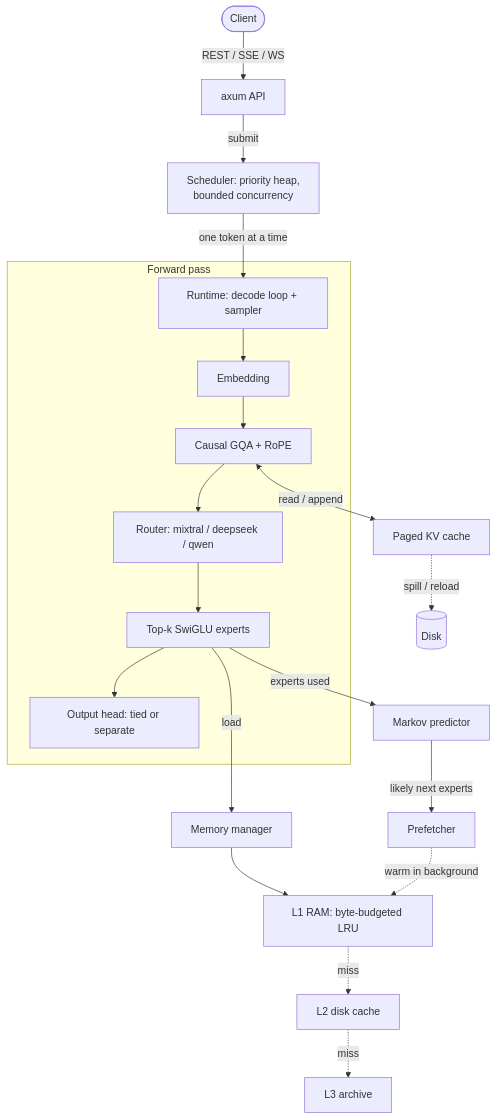
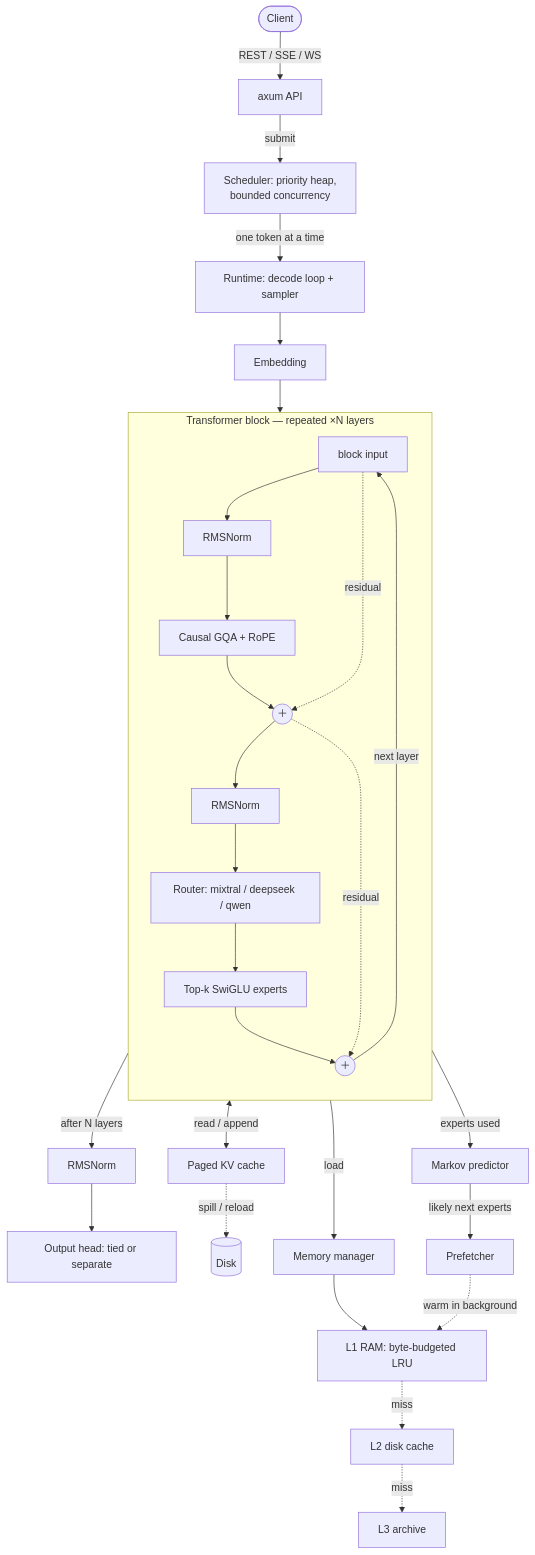
Before and after one commit to hanumanit/garuda: the diagram in README.md, drawn with Mermaid.

Commit message:
docs: Expand the architecture diagram with RMSNorm and ×N layers
The forward pass now shows the real transformer block — pre-attention and
pre-FFN RMSNorm, both residual adds, the ×N layer repetition, and the final
RMSNorm before the output head — instead of a single flattened chain. Matches
llama::feed-forward / logits (attn_norm → GQA → +res → ffn_norm → FFN → +res,
looped, then output_norm). Diagram validated with mermaid's parser.

````diff
--- a/README.md
+++ b/README.md
@@ -72,26 +72,38 @@
 ```mermaid
 graph TD
     Client([Client]) -->|REST / SSE / WS| API[axum API]
     API -->|submit| Sched[Scheduler: priority heap,<br/>bounded concurrency]
     Sched -->|one token at a time| RT[Runtime: decode loop + sampler]
 
-    subgraph Forward pass
-        RT --> Embed[Embedding]
-        Embed --> Attn[Causal GQA + RoPE]
-        Attn --> Router[Router: mixtral / deepseek / qwen]
+    RT --> Embed[Embedding]
+
+    subgraph Block["Transformer block — repeated ×N layers"]
+        direction TB
+        In[block input] --> AN[RMSNorm]
+        AN --> Attn[Causal GQA + RoPE]
+        Attn --> AR(("＋"))
+        In -.->|residual| AR
+        AR --> FN[RMSNorm]
+        FN --> Router[Router: mixtral / deepseek / qwen]
         Router --> Experts[Top-k SwiGLU experts]
-        Experts --> Logits[Output head: tied or separate]
+        Experts --> FR(("＋"))
+        AR -.->|residual| FR
     end
+
+    Embed --> In
+    FR -->|next layer| In
+    FR -->|after N layers| ONorm[RMSNorm]
+    ONorm --> Logits[Output head: tied or separate]
 
     Attn <-->|read / append| KV[Paged KV cache]
     KV -.->|spill / reload| Disk[(Disk)]
 
     Experts -->|load| MM[Memory manager]
     MM --> L1[L1 RAM: byte-budgeted LRU]
     L1 -.->|miss| L2[L2 disk cache]
     L2 -.->|miss| L3[L3 archive]
 
     Experts -->|experts used| Pred[Markov predictor]
     Pred -->|likely next experts| Pre[Prefetcher]
     Pre -.->|warm in background| L1
 ```
````
